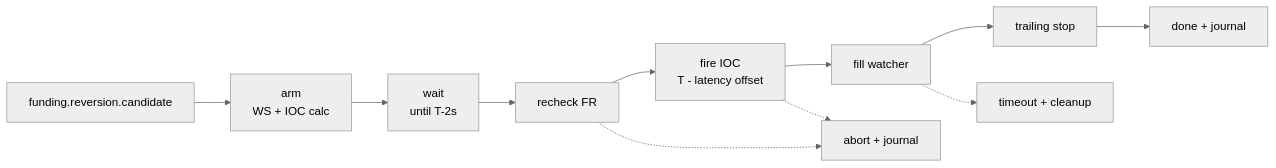
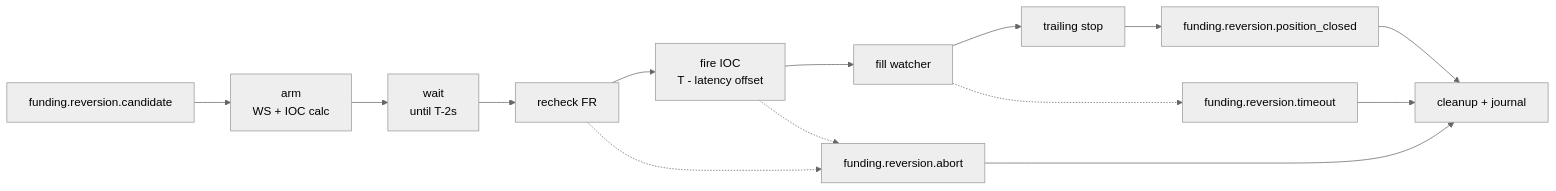
Before and after one commit to dangnmh/crypto-bot: the diagram in docs/business/funding/reversion_flow.md, drawn with Mermaid (neutral theme). The commit also changed other lines of this file and 25 other files, not shown here.

````diff
--- a/docs/business/funding/reversion_flow.md
+++ b/docs/business/funding/reversion_flow.md
@@ -18,13 +18,16 @@
 ```mermaid
 flowchart LR
     C["funding.reversion.candidate"] --> ARM["arm<br/>WS + IOC calc"]
     ARM --> WAIT["wait<br/>until T-2s"]
     WAIT --> CHECK["recheck FR"]
     CHECK --> IOC["fire IOC<br/>T - latency offset"]
     IOC --> FILL["fill watcher"]
     FILL --> TRAIL["trailing stop"]
-    TRAIL --> DONE["done + journal"]
-    CHECK -.-> ABORT["abort + journal"]
+    TRAIL --> CLOSE["funding.reversion.position_closed"]
+    FILL -.-> TIMEOUT["funding.reversion.timeout"]
+    CHECK -.-> ABORT["funding.reversion.abort"]
     IOC -.-> ABORT
-    FILL -.-> TIMEOUT["timeout + cleanup"]
+    TIMEOUT --> CLEANUP["cleanup + journal"]
+    CLOSE --> CLEANUP
+    ABORT --> CLEANUP
 ```
````
